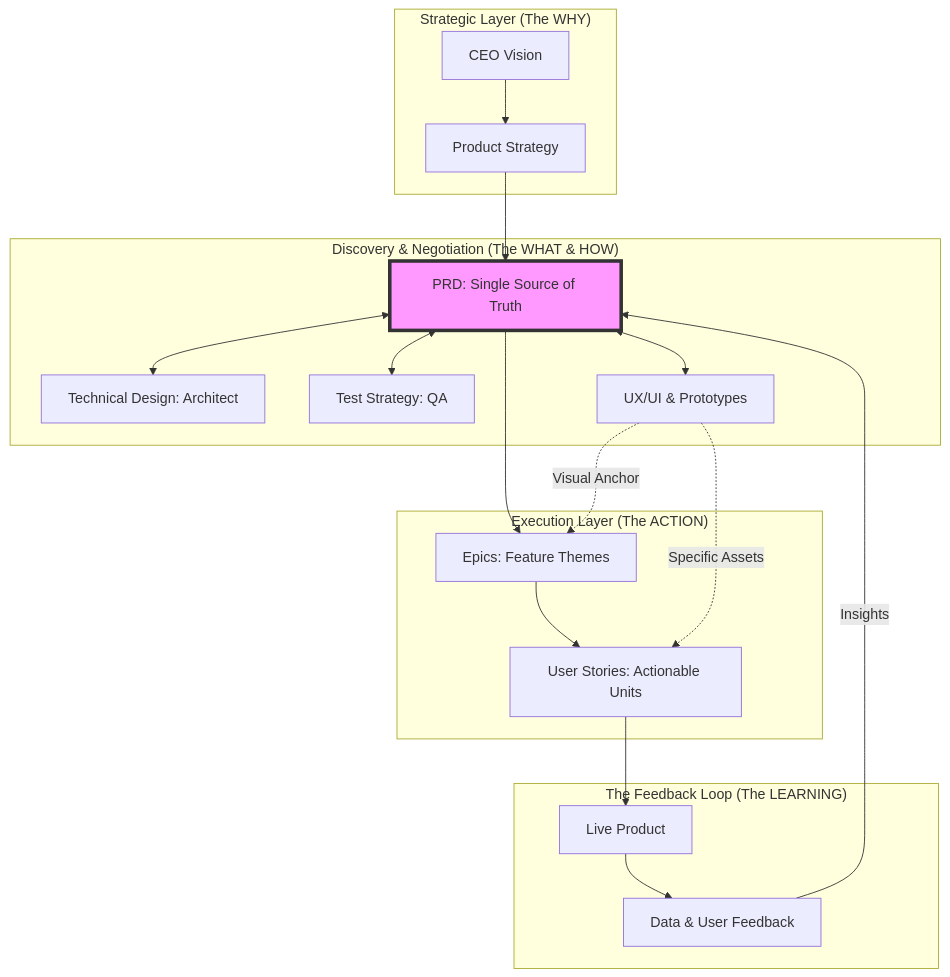
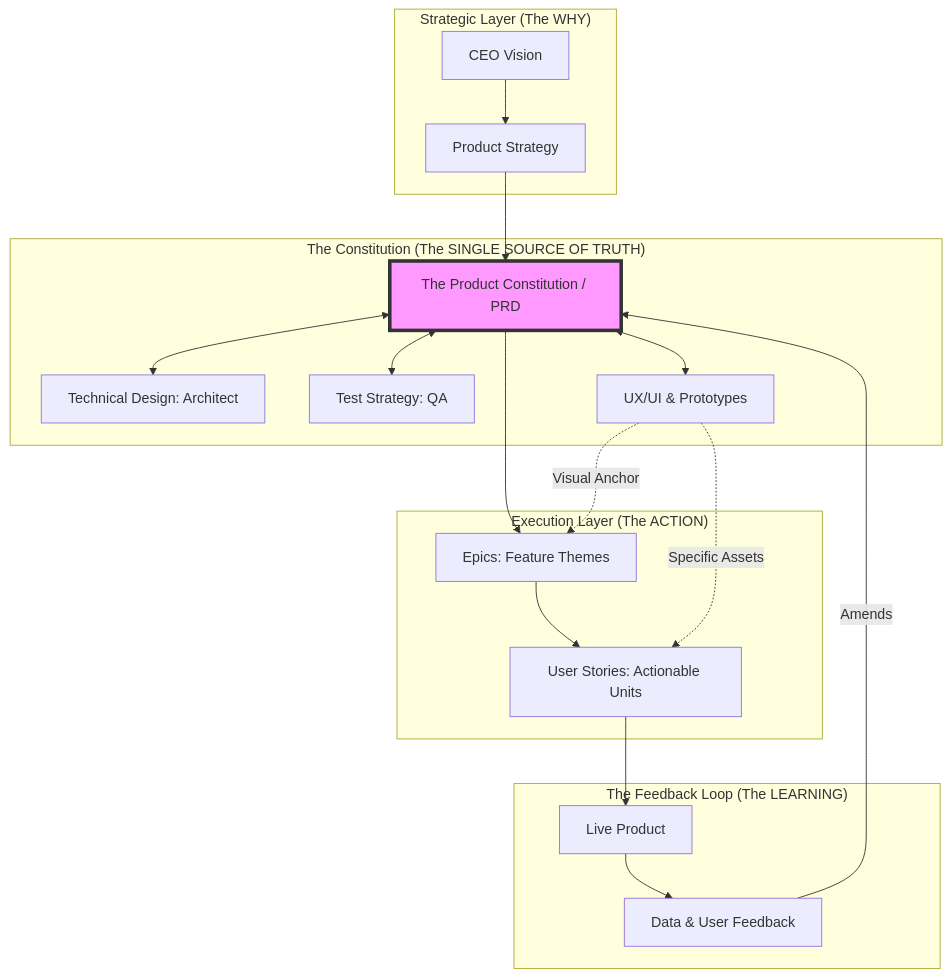
The diagram in product-lifecycle/Product_Information_Flow.md (vamshigunji/ANT-Coding), drawn with Mermaid before and after one commit. The commit also changed other lines of this file and 2 other files, not shown here.

Commit message:
Refactor to Product Constitution model and add robust PRD documentation

````diff
--- a/product-lifecycle/Product_Information_Flow.md
+++ b/product-lifecycle/Product_Information_Flow.md
@@ -9,30 +9,30 @@
 ```mermaid
 graph TD
     %% Levels of Abstraction
     subgraph "Strategic Layer (The WHY)"
         Vision[CEO Vision] --> Strategy[Product Strategy]
     end
 
-    subgraph "Discovery & Negotiation (The WHAT & HOW)"
-        Strategy --> PRD[PRD: Single Source of Truth]
+    subgraph "The Constitution (The SINGLE SOURCE OF TRUTH)"
+        Strategy --> PRD[The Product Constitution / PRD]
         PRD <--> TDD[Technical Design: Architect]
         PRD <--> TestPlan[Test Strategy: QA]
         PRD <--> Design[UX/UI & Prototypes]
     end
 
     subgraph "Execution Layer (The ACTION)"
         PRD --> Epics[Epics: Feature Themes]
         Design -.->|Visual Anchor| Epics
         Epics --> Stories[User Stories: Actionable Units]
         Design -.->|Specific Assets| Stories
     end
 
     subgraph "The Feedback Loop (The LEARNING)"
         Stories --> Code[Live Product]
         Code --> Telemetry[Data & User Feedback]
-        Telemetry -->|Insights| PRD
+        Telemetry -->|Amends| PRD
     end
 
     %% Legend
     style PRD fill:#f9f,stroke:#333,stroke-width:4px
 ```
````
